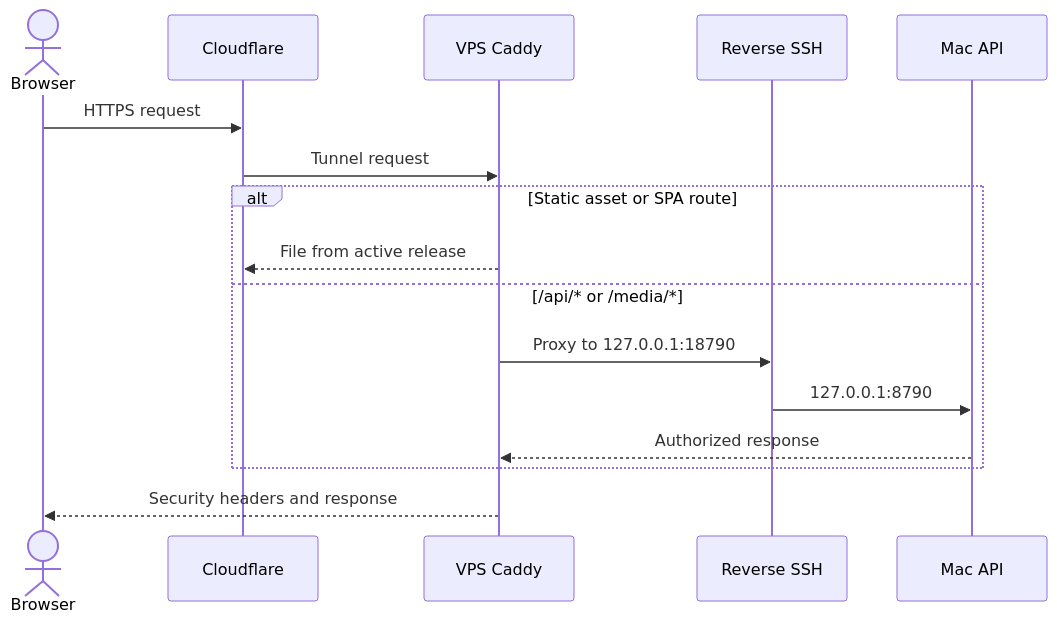
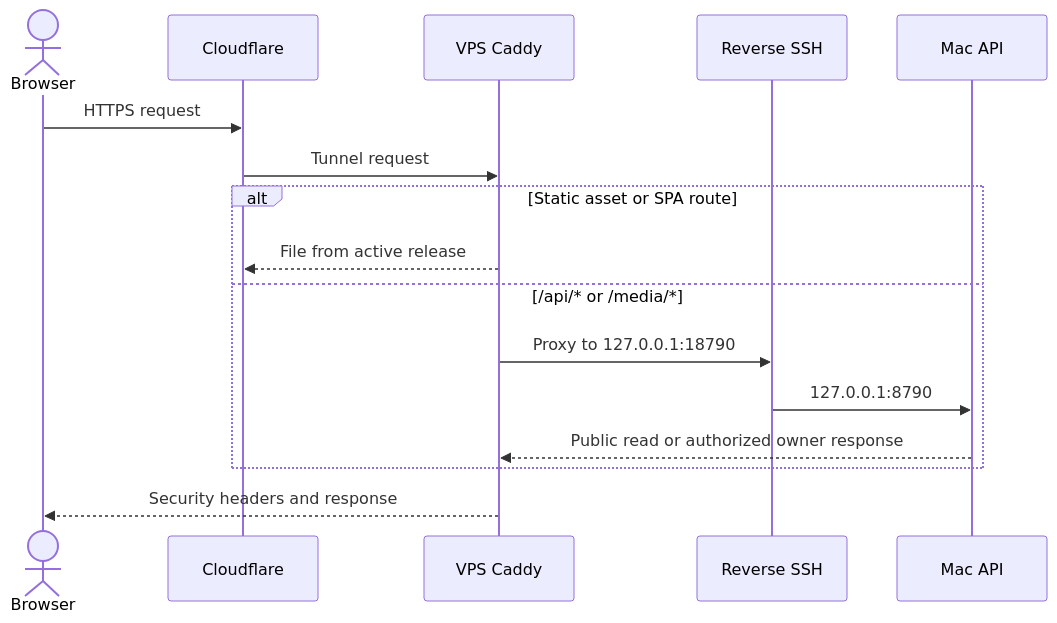
One commit to ramideltoro/skyglow changed the second of 3 diagrams in wiki/skyglow/architecture.md. Above: the diagram before and after it, drawn with Mermaid. The commit also changed other lines of this file and 17 other files, not shown here.

````diff
--- a/wiki/skyglow/architecture.md
+++ b/wiki/skyglow/architecture.md
@@ -40,18 +40,18 @@
 ```mermaid
 sequenceDiagram
     actor Browser
     participant Cloudflare
     participant Edge as VPS Caddy
     participant SSH as Reverse SSH
     participant Mac as Mac API
     Browser->>Cloudflare: HTTPS request
     Cloudflare->>Edge: Tunnel request
     alt Static asset or SPA route
         Edge-->>Cloudflare: File from active release
     else /api/* or /media/*
         Edge->>SSH: Proxy to 127.0.0.1:18790
         SSH->>Mac: 127.0.0.1:8790
-        Mac-->>Edge: Authorized response
+        Mac-->>Edge: Public read or authorized owner response
     end
     Edge-->>Browser: Security headers and response
 ```
````
